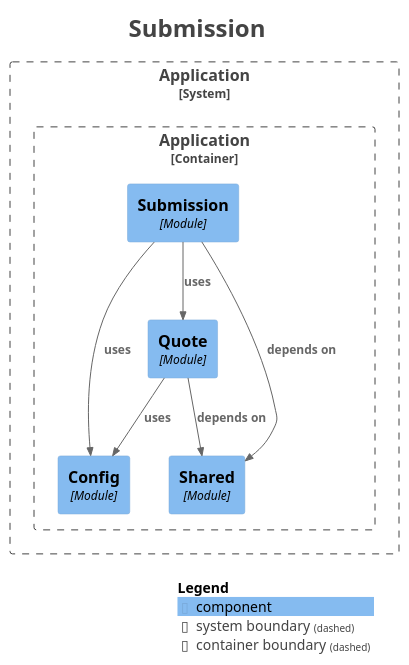
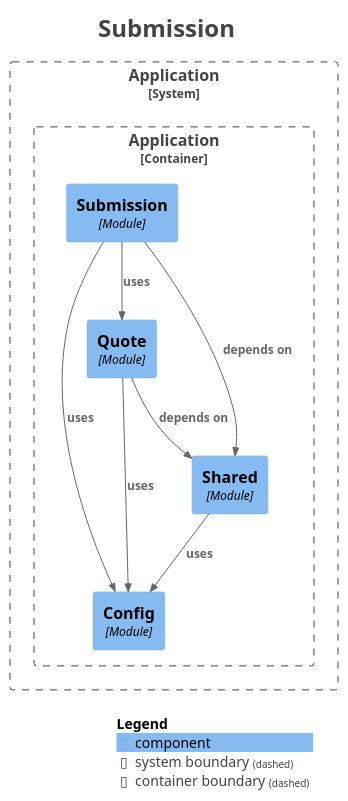
The diagram in docs/architecture/modules/module-submission.puml (migangdelzar/insurance-quotes-service), drawn with PlantUML before and after one commit. The commit also changed 21 other files, not shown here.

```diff
--- a/docs/architecture/modules/module-submission.puml
+++ b/docs/architecture/modules/module-submission.puml
@@ -1,36 +1,37 @@
 @startuml
 title <size:24>Submission</size>
 
 set separator none
 top to bottom direction
 
 <style>
   root {
     BackgroundColor: #ffffff
     FontColor: #444444
   }
 </style>
 
 !include <C4/C4>
 !include <C4/C4_Context>
 !include <C4/C4_Component>
 
 System_Boundary("Application_boundary", "Application", $tags="") {
   Container_Boundary("Application.Application_boundary", "Application", $tags="") {
     Component(Application.Application.Config, "Config", $techn="Module", $descr="", $tags="", $link="")
     Component(Application.Application.Shared, "Shared", $techn="Module", $descr="", $tags="", $link="")
     Component(Application.Application.Quote, "Quote", $techn="Module", $descr="", $tags="", $link="")
     Component(Application.Application.Submission, "Submission", $techn="Module", $descr="", $tags="", $link="")
   }
 
 }
 
+Rel(Application.Application.Quote, Application.Application.Config, "uses", $techn="", $tags="", $link="")
+Rel(Application.Application.Shared, Application.Application.Config, "uses", $techn="", $tags="", $link="")
 Rel(Application.Application.Submission, Application.Application.Shared, "depends on", $techn="", $tags="", $link="")
 Rel(Application.Application.Submission, Application.Application.Quote, "uses", $techn="", $tags="", $link="")
 Rel(Application.Application.Submission, Application.Application.Config, "uses", $techn="", $tags="", $link="")
 Rel(Application.Application.Quote, Application.Application.Shared, "depends on", $techn="", $tags="", $link="")
-Rel(Application.Application.Quote, Application.Application.Config, "uses", $techn="", $tags="", $link="")
 
 SHOW_LEGEND(true)
 hide stereotypes
 @enduml
```
